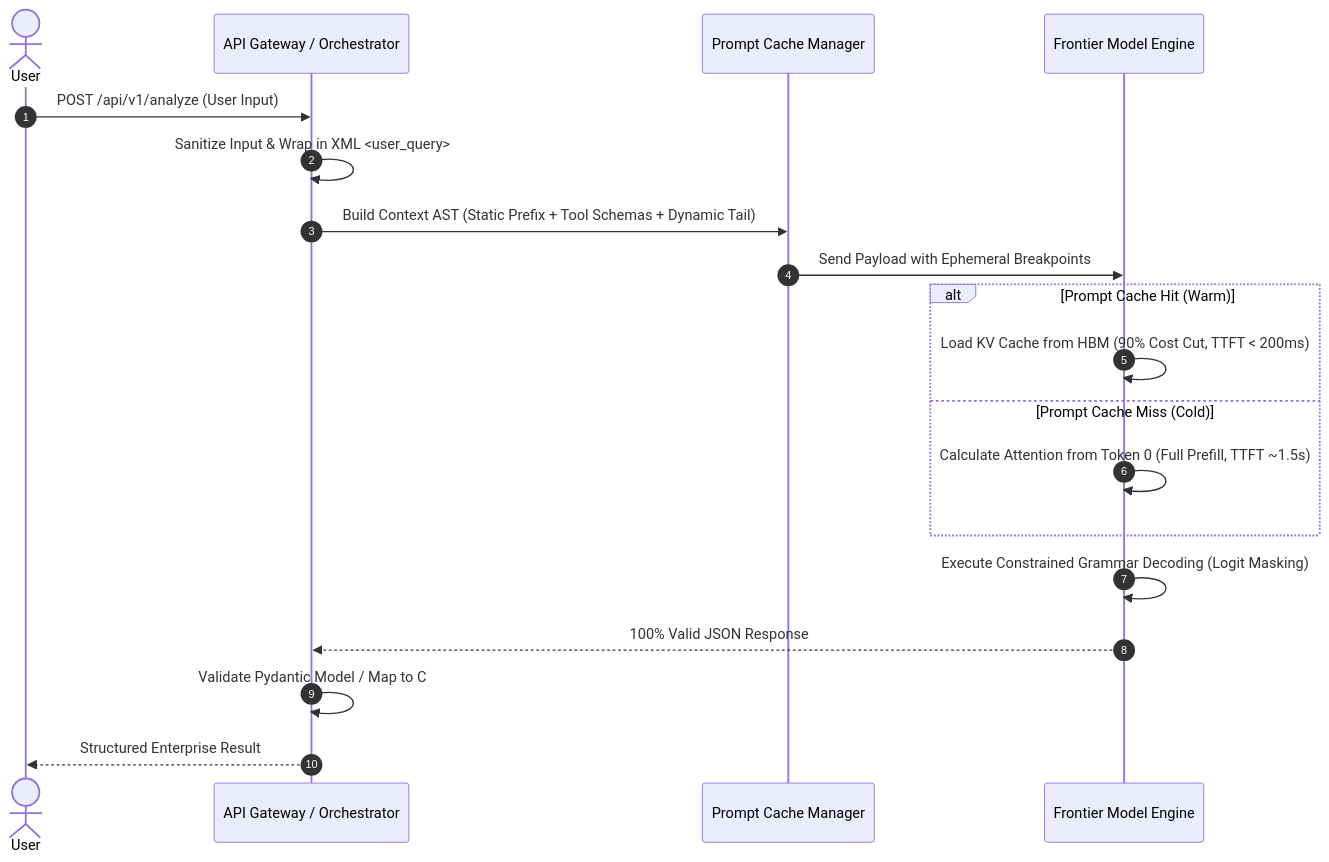
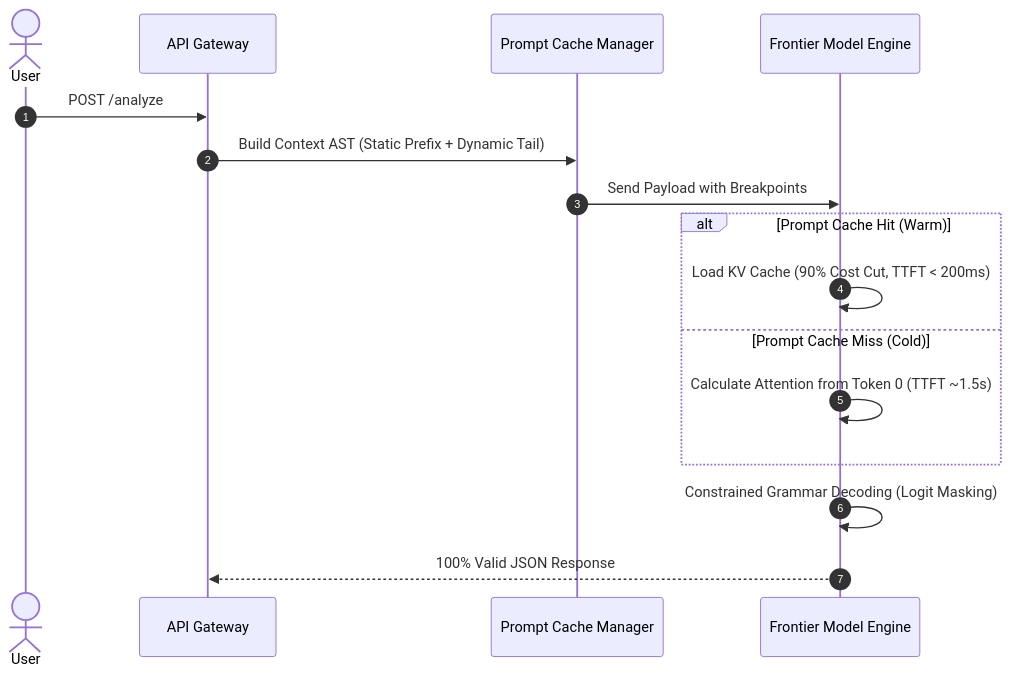
One commit to dip4k/senior-engineer-to-ai-engineer-roadmap changed the sixth of 6 diagrams in 01-prompt-and-context-engineering/README.md. Above: the diagram before and after it, drawn with Mermaid. The commit also changed other lines of this file and 39 other files, not shown here.

First line of the commit message:
Enhance use case documentation for Enterprise AI, including new architectural standards and resilience implementations

````diff
--- a/01-prompt-and-context-engineering/README.md
+++ b/01-prompt-and-context-engineering/README.md
@@ -270,24 +192,21 @@
 ```mermaid
 sequenceDiagram
     autonumber
     actor User
-    participant Gateway as API Gateway / Orchestrator
+    participant Gateway as API Gateway
     participant Cache as Prompt Cache Manager
     participant LLM as Frontier Model Engine
 
-    User->>Gateway: POST /api/v1/analyze (User Input)
-    Gateway->>Gateway: Sanitize Input & Wrap in XML <user_query>
-    Gateway->>Cache: Build Context AST (Static Prefix + Tool Schemas + Dynamic Tail)
-    Cache->>LLM: Send Payload with Ephemeral Breakpoints
+    User->>Gateway: POST /analyze
+    Gateway->>Cache: Build Context AST (Static Prefix + Dynamic Tail)
+    Cache->>LLM: Send Payload with Breakpoints
     
     alt Prompt Cache Hit (Warm)
-        LLM->>LLM: Load KV Cache from HBM (90% Cost Cut, TTFT < 200ms)
+        LLM->>LLM: Load KV Cache (90% Cost Cut, TTFT < 200ms)
     else Prompt Cache Miss (Cold)
-        LLM->>LLM: Calculate Attention from Token 0 (Full Prefill, TTFT ~1.5s)
+        LLM->>LLM: Calculate Attention from Token 0 (TTFT ~1.5s)
     end
     
-    LLM->>LLM: Execute Constrained Grammar Decoding (Logit Masking)
+    LLM->>LLM: Constrained Grammar Decoding (Logit Masking)
     LLM-->>Gateway: 100% Valid JSON Response
-    Gateway->>Gateway: Validate Pydantic Model / Map to C# POCO
-    Gateway-->>User: Structured Enterprise Result
 ```
````
